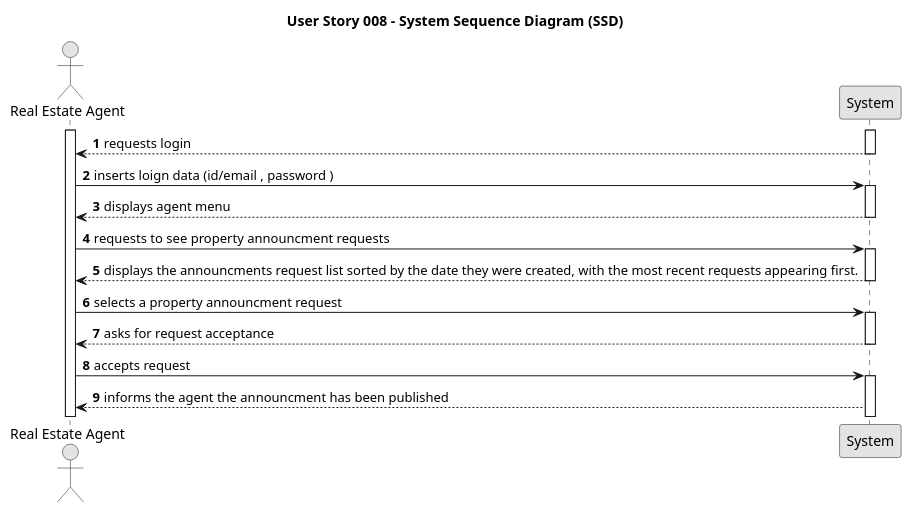
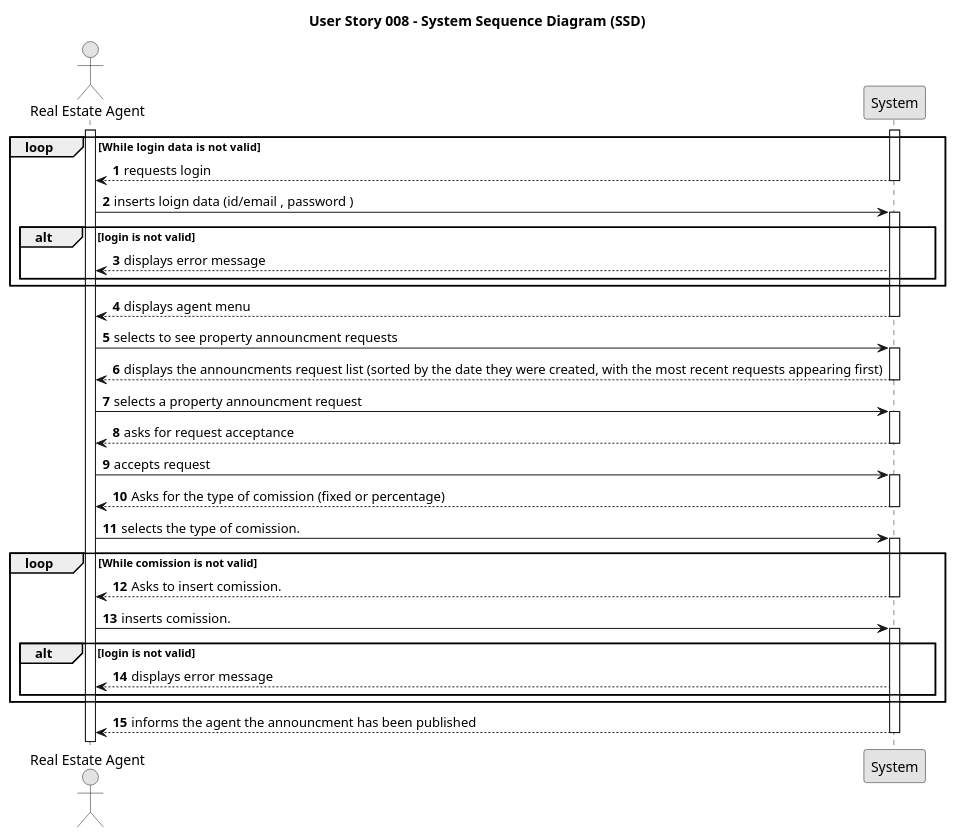
One commit to Rodrick0209/ISEP-LAPR2-22-23 changed the diagram in docs/Sprint-C/US008/01.requirements-engineering/puml/us008-system-sequence-diagram-alternative-one.puml. Above: the diagram before and after it, drawn with PlantUML.

Commit message:
US008 SSD done

```diff
--- a/docs/Sprint-C/US008/01.requirements-engineering/puml/us008-system-sequence-diagram-alternative-one.puml
+++ b/docs/Sprint-C/US008/01.requirements-engineering/puml/us008-system-sequence-diagram-alternative-one.puml
@@ -1,61 +1,83 @@
 @startuml
 skinparam monochrome true
 skinparam packageStyle rectangle
 skinparam shadowing false
 
 title User Story 008 - System Sequence Diagram (SSD)
 
 
 autonumber
 
 
 
 actor "Real Estate Agent" as Agent
 participant "System" as System
 
 
 
 activate Agent
 activate System
+loop While login data is  not valid
 
 System --> Agent : requests login
 deactivate System
 Agent -> System : inserts loign data (id/email , password )
+alt login is not valid
 activate System
+System --> Agent : displays error message
 
+end
+end
+
+activate System
 System --> Agent: displays agent menu
-deactivate
+deactivate System
 
-Agent -> System : requests to see property announcment requests
-
-
+Agent -> System : selects to see property announcment requests
 
 
 activate System
-    System --> Agent: displays the announcments request list sorted by the date they were created, with the most recent requests appearing first.
+    System --> Agent: displays the announcments request list (sorted by the date they were created, with the most recent requests appearing first)
     deactivate System
 
 
     Agent -> System : selects a property announcment request
 
     activate System
 
     System--> Agent: asks for request acceptance
      deactivate System
    Agent-> System: accepts request
+   activate System
+  System --> Agent: Asks for the type of comission (fixed or percentage)
+  deactivate System
+   Agent-> System: selects the type of comission.
+   activate System
+   loop While comission is not valid
+   System --> Agent: Asks to insert comission.
+   deactivate System
+    Agent -> System:  inserts comission.
+    alt login is not valid
+    activate System
+    System --> Agent : displays error message
+    end
+    end
+
+
+
 
    activate System
 System --> Agent : informs the agent the announcment has been published
-
+deactivate System
 
 
 
 
 
 
 
 
 
 
 
 @enduml
```
